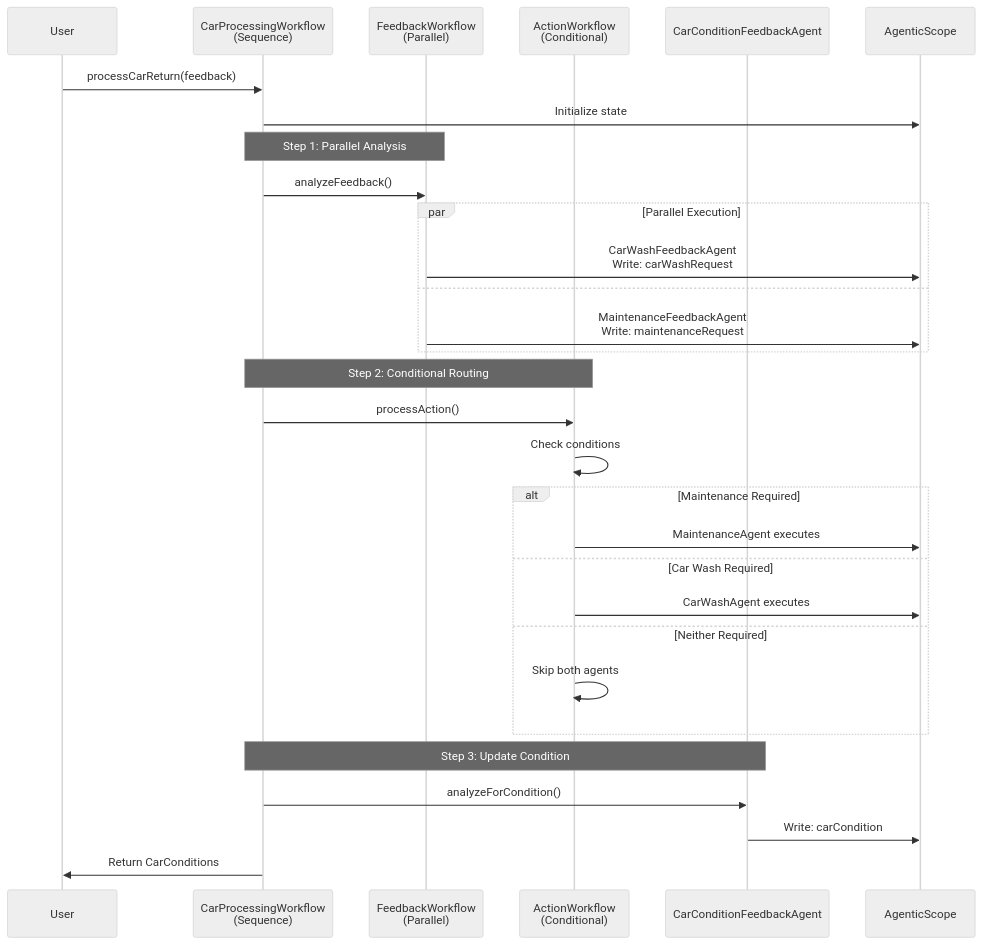
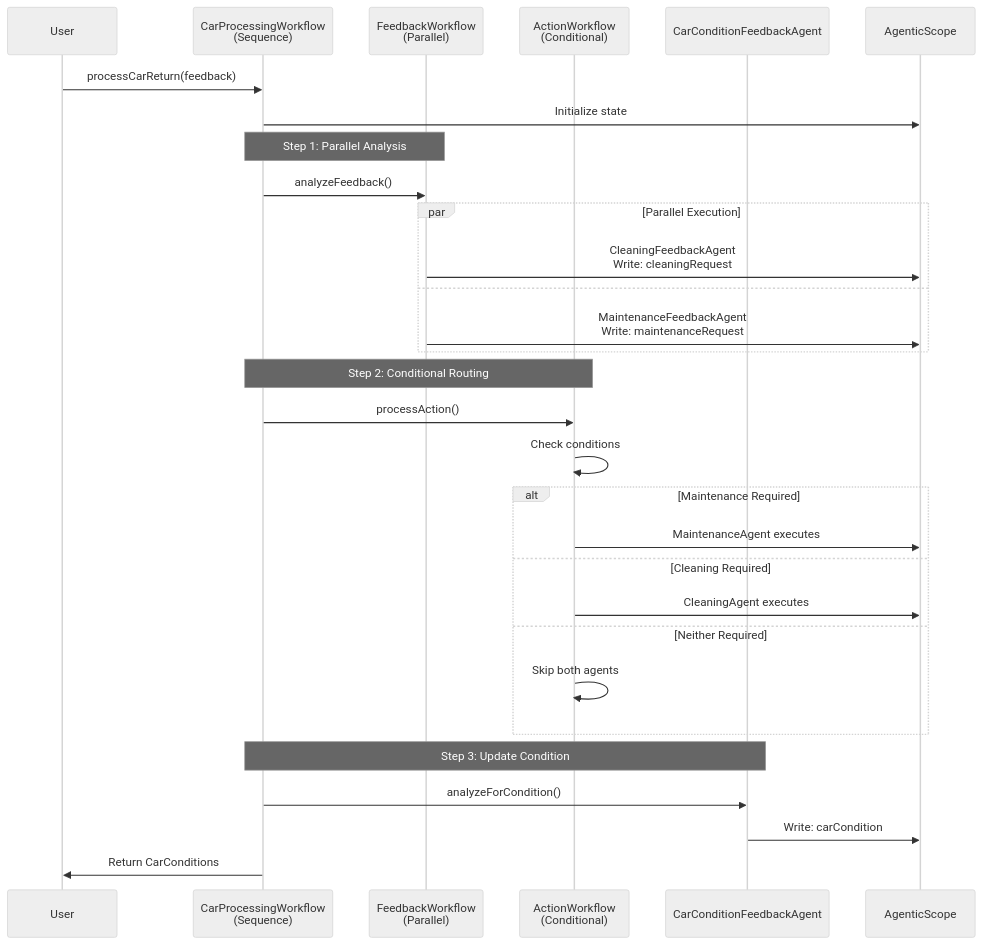
Before and after one commit to IBM/ibm-quarkus-ai-langchain4j-workshop: the second of 3 diagrams in docs/docs/section-2/step-03.md, drawn with Mermaid (neutral theme). The commit also changed other lines of this file and 83 other files, not shown here.

````diff
--- a/docs/docs/section-2/step-03.md
+++ b/docs/docs/section-2/step-03.md
@@ -81,37 +81,37 @@
 ```mermaid
 sequenceDiagram
     participant User
     participant Main as CarProcessingWorkflow<br/>(Sequence)
     participant Feedback as FeedbackWorkflow<br/>(Parallel)
     participant Action as ActionWorkflow<br/>(Conditional)
     participant Condition as CarConditionFeedbackAgent
     participant Scope as AgenticScope
 
     User->>Main: processCarReturn(feedback)
     Main->>Scope: Initialize state
 
     Note over Main,Feedback: Step 1: Parallel Analysis
     Main->>Feedback: analyzeFeedback()
     par Parallel Execution
-        Feedback->>Scope: CarWashFeedbackAgent<br/>Write: carWashRequest
+        Feedback->>Scope: CleaningFeedbackAgent<br/>Write: cleaningRequest
     and
         Feedback->>Scope: MaintenanceFeedbackAgent<br/>Write: maintenanceRequest
     end
 
     Note over Main,Action: Step 2: Conditional Routing
     Main->>Action: processAction()
     Action->>Action: Check conditions
     alt Maintenance Required
         Action->>Scope: MaintenanceAgent executes
-    else Car Wash Required
-        Action->>Scope: CarWashAgent executes
+    else Cleaning Required
+        Action->>Scope: CleaningAgent executes
     else Neither Required
         Action->>Action: Skip both agents
     end
 
     Note over Main,Condition: Step 3: Update Condition
     Main->>Condition: analyzeForCondition()
     Condition->>Scope: Write: carCondition
 
     Main->>User: Return CarConditions
 ```
````
